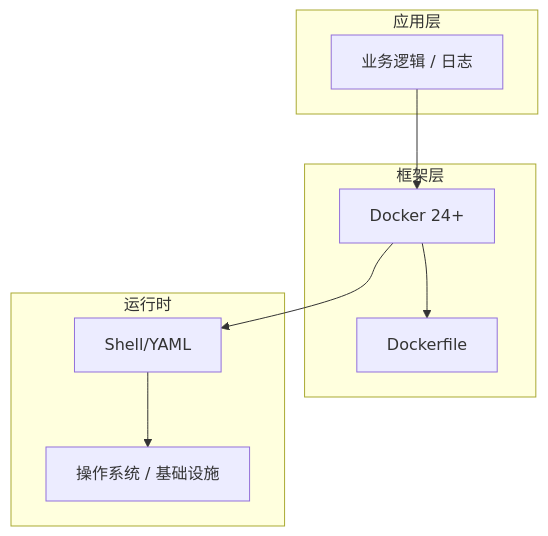
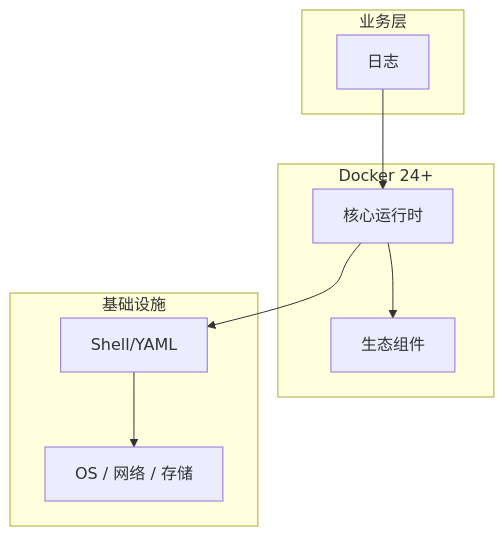
Before and after one commit to yanggan2015/knowledge-json-v2: the diagram in articles/Docker/chapters/083-日志核心概念与原理.md, drawn with Mermaid. The commit also changed other lines of this file and 10127 other files, not shown here.

````diff
--- a/articles/Docker/chapters/083-日志核心概念与原理.md
+++ b/articles/Docker/chapters/083-日志核心概念与原理.md
@@ -45,18 +34,18 @@
 ```mermaid
 graph TB
-    subgraph 应用层
-        A[业务逻辑 / 日志]
+    subgraph 业务层
+        A[日志]
     end
-    subgraph 框架层
-        B[Docker 24+]
-        C[Dockerfile]
+    subgraph Docker 24+
+        B[核心运行时]
+        C[生态组件]
     end
-    subgraph 运行时
+    subgraph 基础设施
         D[Shell/YAML]
-        E[操作系统 / 基础设施]
+        E[OS / 网络 / 存储]
     end
     A --> B
     B --> C
     B --> D
     D --> E
 ```
````
